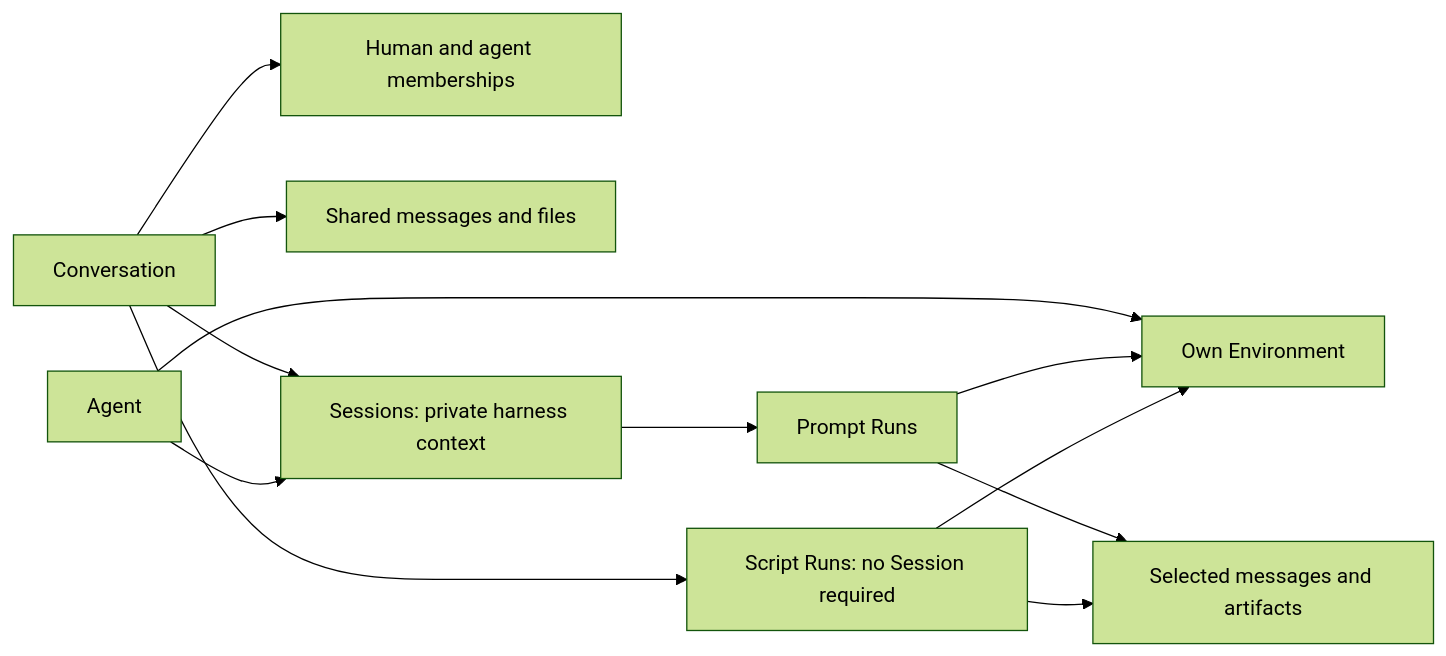
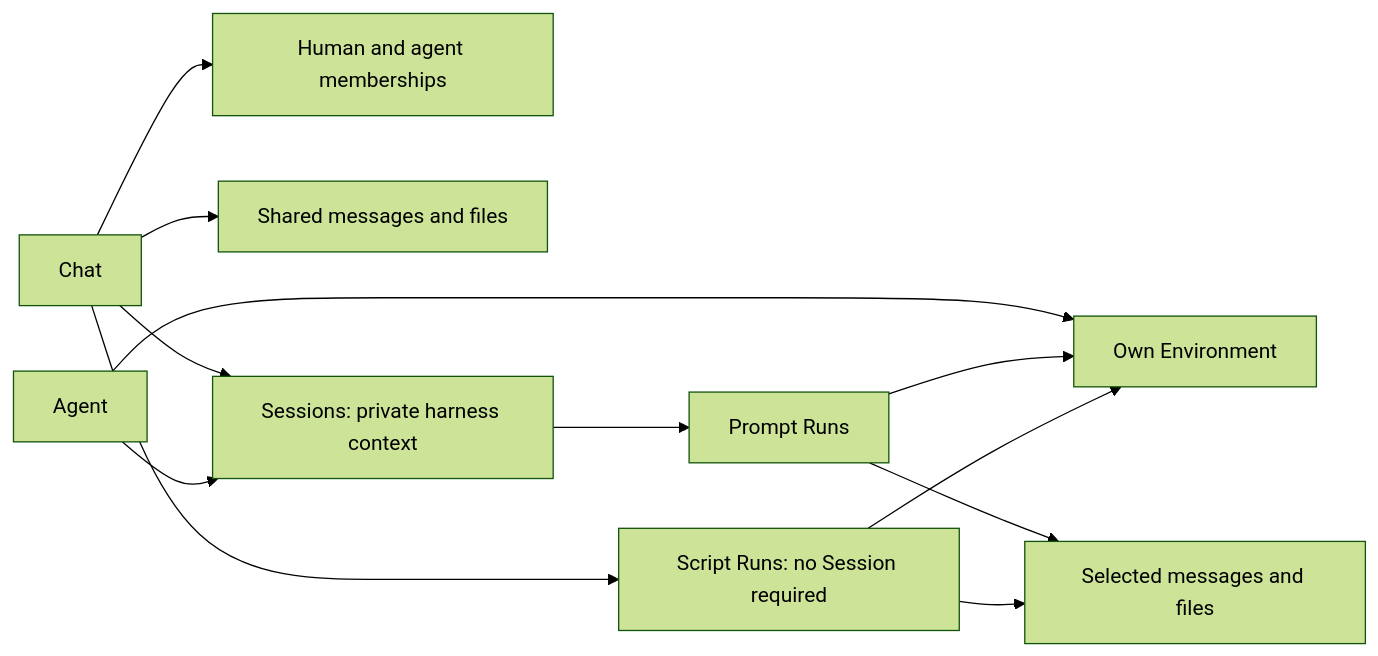
The second of 10 diagrams in docs/otto/plan.md (hellogafaro/otto), drawn with Mermaid (forest theme) before and after one commit. The commit also changed other lines of this file and 174 other files, not shown here.

````diff
--- a/docs/otto/plan.md
+++ b/docs/otto/plan.md
@@ -74,14 +76,14 @@
 ```mermaid
 flowchart LR
-  C[Conversation] --> M[Human and agent memberships]
+  C[Chat] --> M[Human and agent memberships]
   C --> T[Shared messages and files]
   C --> S[Sessions: private harness context]
   A[Agent] --> S
   A --> E[Own Environment]
   S --> R[Prompt Runs]
   C --> X[Script Runs: no Session required]
   R --> E
   X --> E
-  R --> O[Selected messages and artifacts]
+  R --> O[Selected messages and files]
   X --> O
 ```
````
